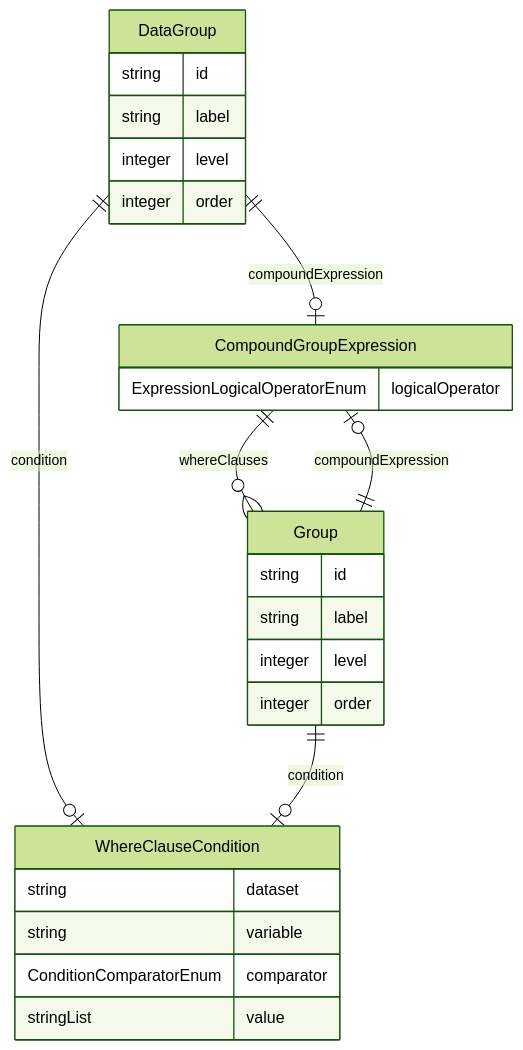
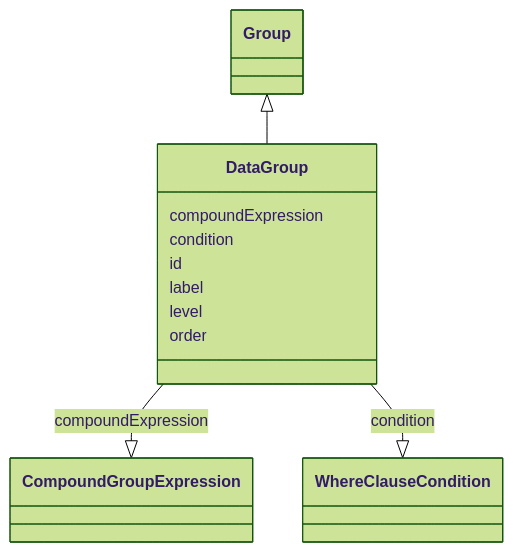
Before and after one commit to cdisc-org/analysis-results-standard: the diagram in project/docs/DataGroup.md, drawn with Mermaid (forest theme). The commit also changed 256 other files, not shown here.

Commit message:
Documentation diagrams

````diff
--- a/project/docs/DataGroup.md
+++ b/project/docs/DataGroup.md
@@ -13,31 +15,23 @@
 ```mermaid
-erDiagram
-DataGroup {
-    string id  
-    string label  
-    integer level  
-    integer order  
-}
-CompoundGroupExpression {
-    ExpressionLogicalOperatorEnum logicalOperator  
-}
-Group {
-    string id  
-    string label  
-    integer level  
-    integer order  
-}
-WhereClauseCondition {
-    string dataset  
-    string variable  
-    ConditionComparatorEnum comparator  
-    stringList value  
-}
-
-DataGroup ||--|o WhereClauseCondition : "condition"
-DataGroup ||--|o CompoundGroupExpression : "compoundExpression"
-CompoundGroupExpression ||--}o Group : "whereClauses"
-Group ||--|o WhereClauseCondition : "condition"
-Group ||--|o CompoundGroupExpression : "compoundExpression"
-
+ classDiagram
+    class DataGroup
+      Group <|-- DataGroup
+      
+      DataGroup : compoundExpression
+        
+          DataGroup --|> CompoundGroupExpression : compoundExpression
+        
+      DataGroup : condition
+        
+          DataGroup --|> WhereClauseCondition : condition
+        
+      DataGroup : id
+        
+      DataGroup : label
+        
+      DataGroup : level
+        
+      DataGroup : order
+        
+      
 ```
````
